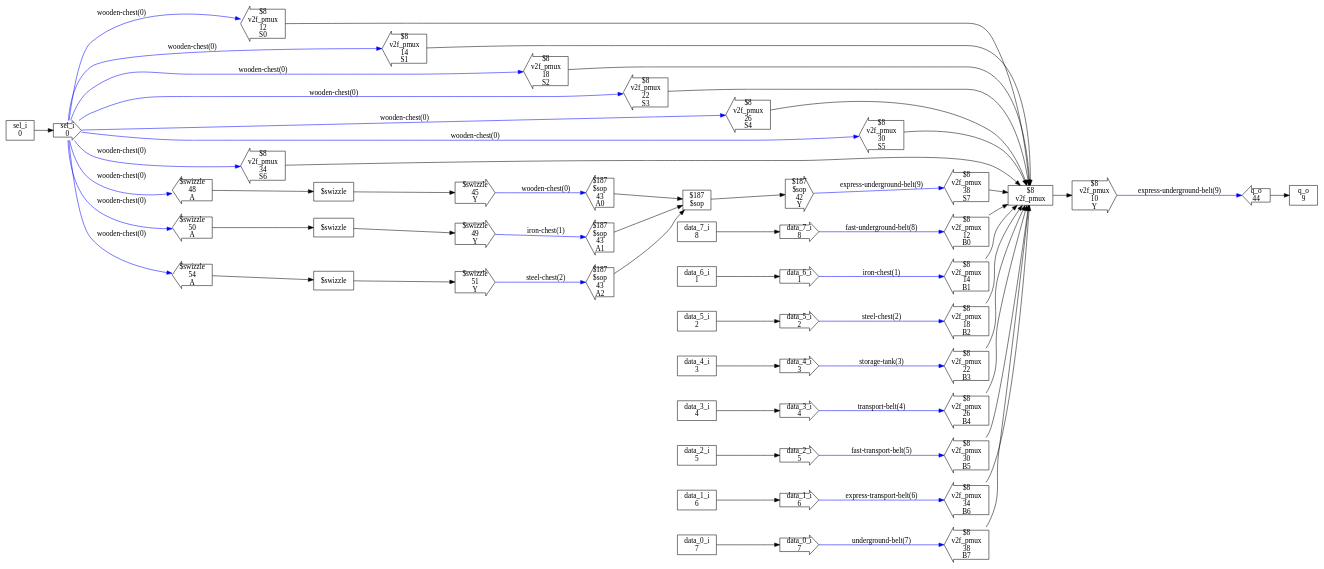
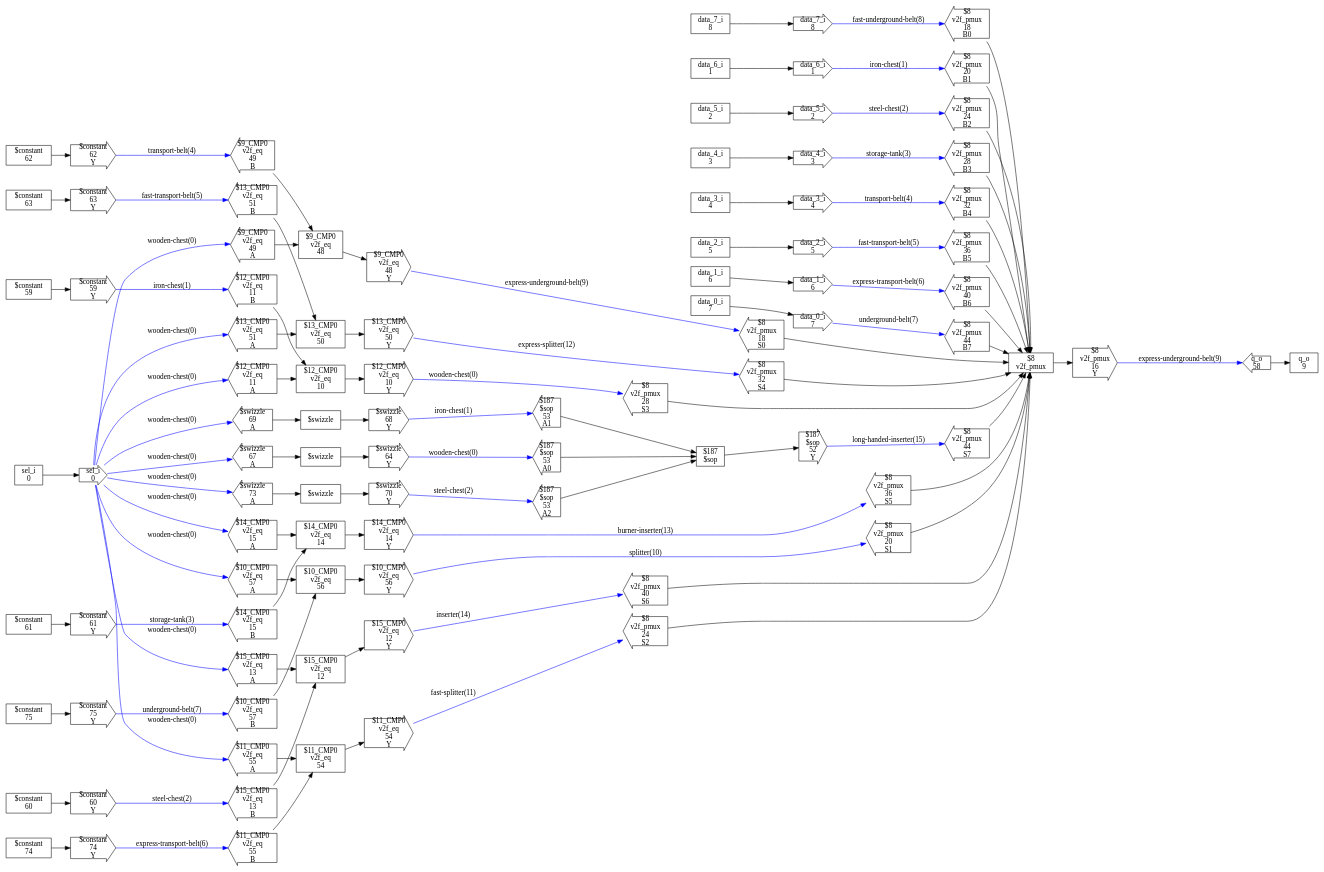
The diagram in test_designs/pmux/checked_design.dot (ben-j-c/verilog2factorio), drawn with Graphviz before and after one commit. The commit also changed 29 other files, not shown here.

```diff
--- a/test_designs/pmux/checked_design.dot
+++ b/test_designs/pmux/checked_design.dot
@@ -20,10 +20,31 @@
 8"]
   n9[shape=box,label="q_o
 9"]
+  n10[shape=box,label="$12_CMP0
+v2f_eq
+10"]
+  n11[shape=box,label="$15_CMP0
+v2f_eq
+12"]
+  n12[shape=box,label="$14_CMP0
+v2f_eq
+14"]
   n13[shape=box,label="$8
 v2f_pmux"]
+  n14[shape=box,label="$9_CMP0
+v2f_eq
+48"]
+  n15[shape=box,label="$13_CMP0
+v2f_eq
+50"]
   n16[shape=box,label="$187
 $sop"]
+  n17[shape=box,label="$11_CMP0
+v2f_eq
+54"]
+  n18[shape=box,label="$10_CMP0
+v2f_eq
+56"]
   n19[shape=rarrow,label="sel_i
 0"]
   n20[shape=rarrow,label="data_6_i
@@ -43,112 +64,231 @@
   n27[shape=rarrow,label="data_7_i
 8"]
   n28[shape=larrow,label="q_o
-44"]
+58"]
+  n29[shape=larrow,label="$12_CMP0
+v2f_eq
+11
+A"]
+  n30[shape=larrow,label="$12_CMP0
+v2f_eq
+11
+B"]
+  n31[shape=rarrow,label="$12_CMP0
+v2f_eq
+10
+Y"]
+  n32[shape=larrow,label="$15_CMP0
+v2f_eq
+13
+A"]
+  n33[shape=larrow,label="$15_CMP0
+v2f_eq
+13
+B"]
+  n34[shape=rarrow,label="$15_CMP0
+v2f_eq
+12
+Y"]
+  n35[shape=larrow,label="$14_CMP0
+v2f_eq
+15
+A"]
+  n36[shape=larrow,label="$14_CMP0
+v2f_eq
+15
+B"]
+  n37[shape=rarrow,label="$14_CMP0
+v2f_eq
+14
+Y"]
   n38[shape=larrow,label="$8
 v2f_pmux
-12
+18
 B0"]
   n39[shape=larrow,label="$8
 v2f_pmux
-14
+20
 B1"]
   n40[shape=larrow,label="$8
 v2f_pmux
-18
+24
 B2"]
   n41[shape=larrow,label="$8
 v2f_pmux
-22
+28
 B3"]
   n42[shape=larrow,label="$8
 v2f_pmux
-26
+32
 B4"]
   n43[shape=larrow,label="$8
 v2f_pmux
-30
+36
 B5"]
   n44[shape=larrow,label="$8
 v2f_pmux
-34
+40
 B6"]
   n45[shape=larrow,label="$8
 v2f_pmux
-38
+44
 B7"]
   n46[shape=larrow,label="$8
 v2f_pmux
-12
+18
 S0"]
   n47[shape=larrow,label="$8
 v2f_pmux
-14
+20
 S1"]
   n48[shape=larrow,label="$8
 v2f_pmux
-18
+24
 S2"]
   n49[shape=larrow,label="$8
 v2f_pmux
-22
+28
 S3"]
   n50[shape=larrow,label="$8
 v2f_pmux
-26
+32
 S4"]
   n51[shape=larrow,label="$8
 v2f_pmux
-30
+36
 S5"]
   n52[shape=larrow,label="$8
 v2f_pmux
-34
+40
 S6"]
   n53[shape=larrow,label="$8
 v2f_pmux
-38
+44
 S7"]
   n54[shape=rarrow,label="$8
 v2f_pmux
-10
+16
+Y"]
+  n55[shape=larrow,label="$9_CMP0
+v2f_eq
+49
+A"]
+  n56[shape=larrow,label="$9_CMP0
+v2f_eq
+49
+B"]
+  n57[shape=rarrow,label="$9_CMP0
+v2f_eq
+48
+Y"]
+  n58[shape=larrow,label="$13_CMP0
+v2f_eq
+51
+A"]
+  n59[shape=larrow,label="$13_CMP0
+v2f_eq
+51
+B"]
+  n60[shape=rarrow,label="$13_CMP0
+v2f_eq
+50
 Y"]
   n61[shape=larrow,label="$187
 $sop
-43
+53
 A0"]
   n62[shape=larrow,label="$187
 $sop
-43
+53
 A1"]
   n63[shape=larrow,label="$187
 $sop
-43
+53
 A2"]
   n64[shape=rarrow,label="$187
 $sop
-42
+52
+Y"]
+  n65[shape=larrow,label="$11_CMP0
+v2f_eq
+55
+A"]
+  n66[shape=larrow,label="$11_CMP0
+v2f_eq
+55
+B"]
+  n67[shape=rarrow,label="$11_CMP0
+v2f_eq
+54
+Y"]
+  n68[shape=larrow,label="$10_CMP0
+v2f_eq
+57
+A"]
+  n69[shape=larrow,label="$10_CMP0
+v2f_eq
+57
+B"]
+  n70[shape=rarrow,label="$10_CMP0
+v2f_eq
+56
+Y"]
+  n71[shape=box,label="$constant
+59"]
+  n72[shape=rarrow,label="$constant
+59
+Y"]
+  n73[shape=box,label="$constant
+60"]
+  n74[shape=rarrow,label="$constant
+60
+Y"]
+  n75[shape=box,label="$constant
+61"]
+  n76[shape=rarrow,label="$constant
+61
+Y"]
+  n77[shape=box,label="$constant
+62"]
+  n78[shape=rarrow,label="$constant
+62
+Y"]
+  n79[shape=box,label="$constant
+63"]
+  n80[shape=rarrow,label="$constant
+63
 Y"]
   n81[shape=box,label="$swizzle"]
   n82[shape=rarrow,label="$swizzle
-45
+64
 Y"]
   n83[shape=larrow,label="$swizzle
-48
+67
 A"]
   n84[shape=box,label="$swizzle"]
   n85[shape=rarrow,label="$swizzle
-49
+68
 Y"]
   n86[shape=larrow,label="$swizzle
-50
+69
 A"]
   n87[shape=box,label="$swizzle"]
   n88[shape=rarrow,label="$swizzle
-51
+70
 Y"]
   n89[shape=larrow,label="$swizzle
-54
+73
 A"]
+  n90[shape=box,label="$constant
+74"]
+  n91[shape=rarrow,label="$constant
+74
+Y"]
+  n92[shape=box,label="$constant
+75"]
+  n93[shape=rarrow,label="$constant
+75
+Y"]
   n0 -> n19
   n1 -> n20
   n2 -> n21
@@ -158,18 +298,25 @@
   n6 -> n25
   n7 -> n26
   n8 -> n27
+  n10 -> n31
+  n11 -> n34
+  n12 -> n37
   n13 -> n54
+  n14 -> n57
+  n15 -> n60
   n16 -> n64
+  n17 -> n67
+  n18 -> n70
+  n19 -> n29 [label="wooden-chest(0)",syle=bold,color=blue]
+  n19 -> n32 [label="wooden-chest(0)",syle=bold,color=blue]
+  n19 -> n35 [label="wooden-chest(0)",syle=bold,color=blue]
+  n19 -> n55 [label="wooden-chest(0)",syle=bold,color=blue]
+  n19 -> n58 [label="wooden-chest(0)",syle=bold,color=blue]
+  n19 -> n65 [label="wooden-chest(0)",syle=bold,color=blue]
+  n19 -> n68 [label="wooden-chest(0)",syle=bold,color=blue]
   n19 -> n83 [label="wooden-chest(0)",syle=bold,color=blue]
   n19 -> n86 [label="wooden-chest(0)",syle=bold,color=blue]
   n19 -> n89 [label="wooden-chest(0)",syle=bold,color=blue]
-  n19 -> n46 [label="wooden-chest(0)",syle=bold,color=blue]
-  n19 -> n47 [label="wooden-chest(0)",syle=bold,color=blue]
-  n19 -> n48 [label="wooden-chest(0)",syle=bold,color=blue]
-  n19 -> n49 [label="wooden-chest(0)",syle=bold,color=blue]
-  n19 -> n50 [label="wooden-chest(0)",syle=bold,color=blue]
-  n19 -> n51 [label="wooden-chest(0)",syle=bold,color=blue]
-  n19 -> n52 [label="wooden-chest(0)",syle=bold,color=blue]
   n20 -> n39 [label="iron-chest(1)",syle=bold,color=blue]
   n21 -> n40 [label="steel-chest(2)",syle=bold,color=blue]
   n22 -> n41 [label="storage-tank(3)",syle=bold,color=blue]
@@ -179,6 +326,15 @@
   n26 -> n45 [label="underground-belt(7)",syle=bold,color=blue]
   n27 -> n38 [label="fast-underground-belt(8)",syle=bold,color=blue]
   n28 -> n9
+  n29 -> n10
+  n30 -> n10
+  n31 -> n49 [label="wooden-chest(0)",syle=bold,color=blue]
+  n32 -> n11
+  n33 -> n11
+  n34 -> n52 [label="inserter(14)",syle=bold,color=blue]
+  n35 -> n12
+  n36 -> n12
+  n37 -> n51 [label="burner-inserter(13)",syle=bold,color=blue]
   n38 -> n13
   n39 -> n13
   n40 -> n13
@@ -196,10 +352,32 @@
   n52 -> n13
   n53 -> n13
   n54 -> n28 [label="express-underground-belt(9)",syle=bold,color=blue]
+  n55 -> n14
+  n56 -> n14
+  n57 -> n46 [label="express-underground-belt(9)",syle=bold,color=blue]
+  n58 -> n15
+  n59 -> n15
+  n60 -> n50 [label="express-splitter(12)",syle=bold,color=blue]
   n61 -> n16
   n62 -> n16
   n63 -> n16
-  n64 -> n53 [label="express-underground-belt(9)",syle=bold,color=blue]
+  n64 -> n53 [label="long-handed-inserter(15)",syle=bold,color=blue]
+  n65 -> n17
+  n66 -> n17
+  n67 -> n48 [label="fast-splitter(11)",syle=bold,color=blue]
+  n68 -> n18
+  n69 -> n18
+  n70 -> n47 [label="splitter(10)",syle=bold,color=blue]
+  n71 -> n72
+  n72 -> n30 [label="iron-chest(1)",syle=bold,color=blue]
+  n73 -> n74
+  n74 -> n33 [label="steel-chest(2)",syle=bold,color=blue]
+  n75 -> n76
+  n76 -> n36 [label="storage-tank(3)",syle=bold,color=blue]
+  n77 -> n78
+  n78 -> n56 [label="transport-belt(4)",syle=bold,color=blue]
+  n79 -> n80
+  n80 -> n59 [label="fast-transport-belt(5)",syle=bold,color=blue]
   n81 -> n82
   n82 -> n61 [label="wooden-chest(0)",syle=bold,color=blue]
   n83 -> n81
@@ -209,4 +387,8 @@
   n87 -> n88
   n88 -> n63 [label="steel-chest(2)",syle=bold,color=blue]
   n89 -> n87
+  n90 -> n91
+  n91 -> n66 [label="express-transport-belt(6)",syle=bold,color=blue]
+  n92 -> n93
+  n93 -> n69 [label="underground-belt(7)",syle=bold,color=blue]
 }
```
